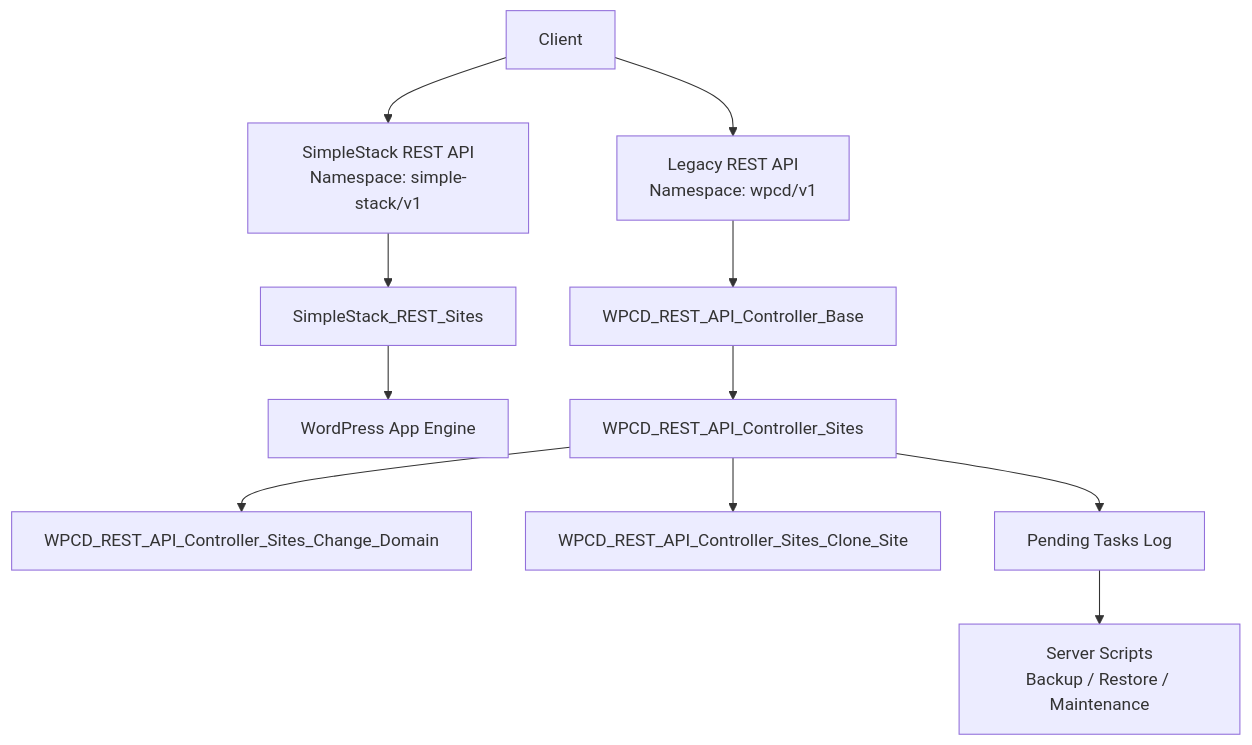
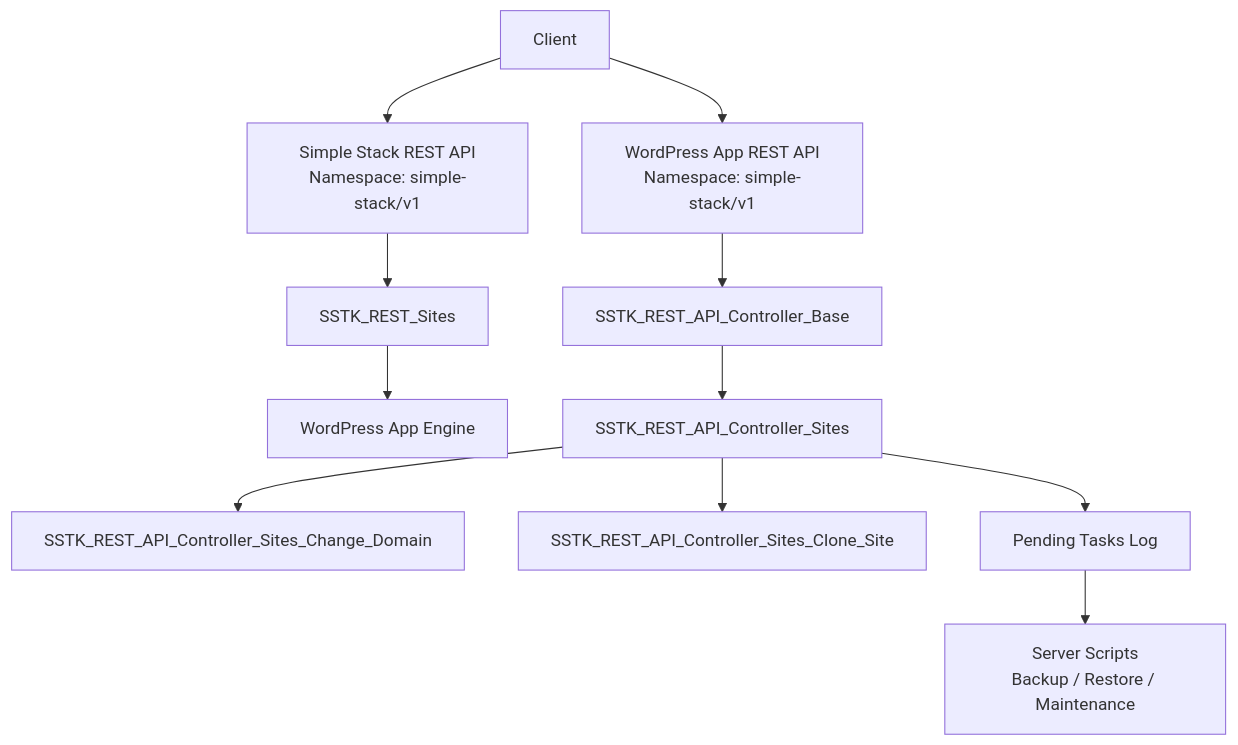
One commit to onedogsolutions/simple-stack changed the first of 3 diagrams in .qoder/repowiki/en/content/REST API Reference/Sites API.md. Above: the diagram before and after it, drawn with Mermaid. The commit also changed other lines of this file and 5941 other files, not shown here.

First line of the commit message:
refactor(core): rebrand WPCloudDeploy to Simple Stack with new namespaces and prefixes

````diff
--- a/.qoder/repowiki/en/content/REST API Reference/Sites API.md
+++ b/.qoder/repowiki/en/content/REST API Reference/Sites API.md
@@ -42,13 +44,13 @@
 ```mermaid
 graph TB
-Client["Client"] --> SS_API["SimpleStack REST API<br/>Namespace: simple-stack/v1"]
-SS_API --> SS_Sites["SimpleStack_REST_Sites"]
+Client["Client"] --> SS_API["Simple Stack REST API<br/>Namespace: simple-stack/v1"]
+SS_API --> SS_Sites["SSTK_REST_Sites"]
 SS_Sites --> WP_App["WordPress App Engine"]
-Client --> WPCD_API["Legacy REST API<br/>Namespace: wpcd/v1"]
-WPCD_API --> BaseCtrl["WPCD_REST_API_Controller_Base"]
-BaseCtrl --> SitesCtrl["WPCD_REST_API_Controller_Sites"]
-SitesCtrl --> DomainCtrl["WPCD_REST_API_Controller_Sites_Change_Domain"]
-SitesCtrl --> CloneCtrl["WPCD_REST_API_Controller_Sites_Clone_Site"]
+Client --> WP_App_API["WordPress App REST API<br/>Namespace: simple-stack/v1"]
+WP_App_API --> BaseCtrl["SSTK_REST_API_Controller_Base"]
+BaseCtrl --> SitesCtrl["SSTK_REST_API_Controller_Sites"]
+SitesCtrl --> DomainCtrl["SSTK_REST_API_Controller_Sites_Change_Domain"]
+SitesCtrl --> CloneCtrl["SSTK_REST_API_Controller_Sites_Clone_Site"]
 SitesCtrl --> PendingTasks["Pending Tasks Log"]
 PendingTasks --> Scripts["Server Scripts<br/>Backup / Restore / Maintenance"]
 ```
````
